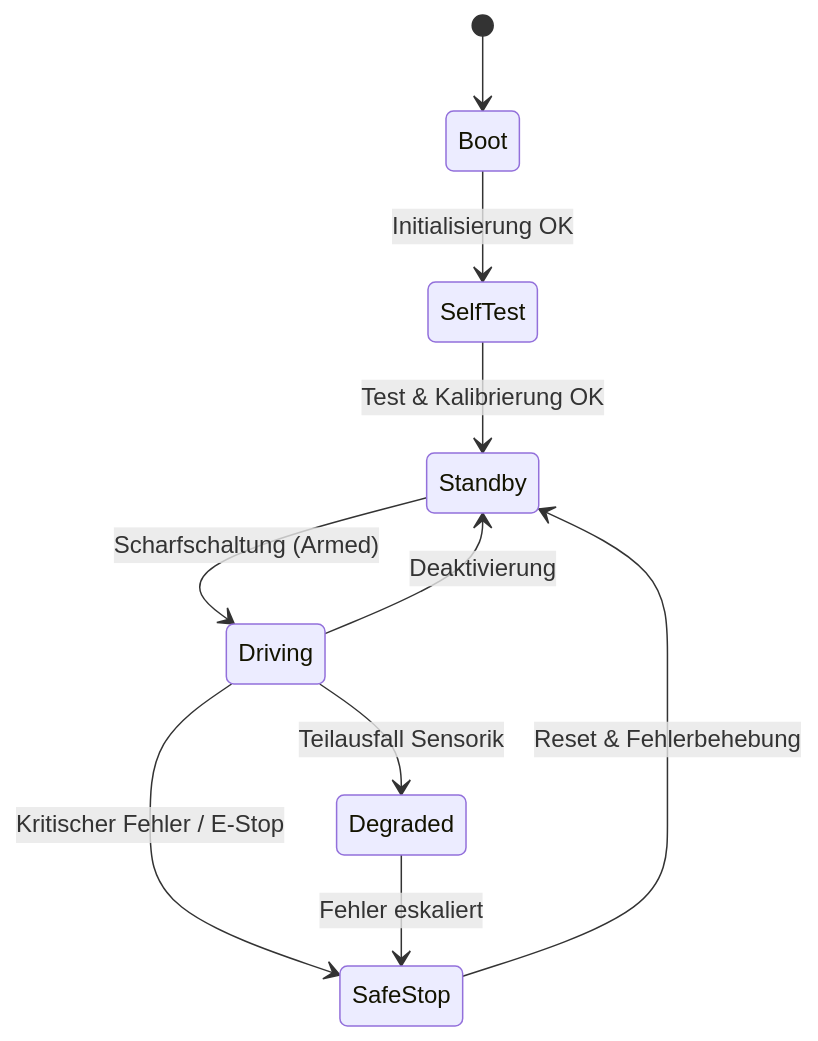
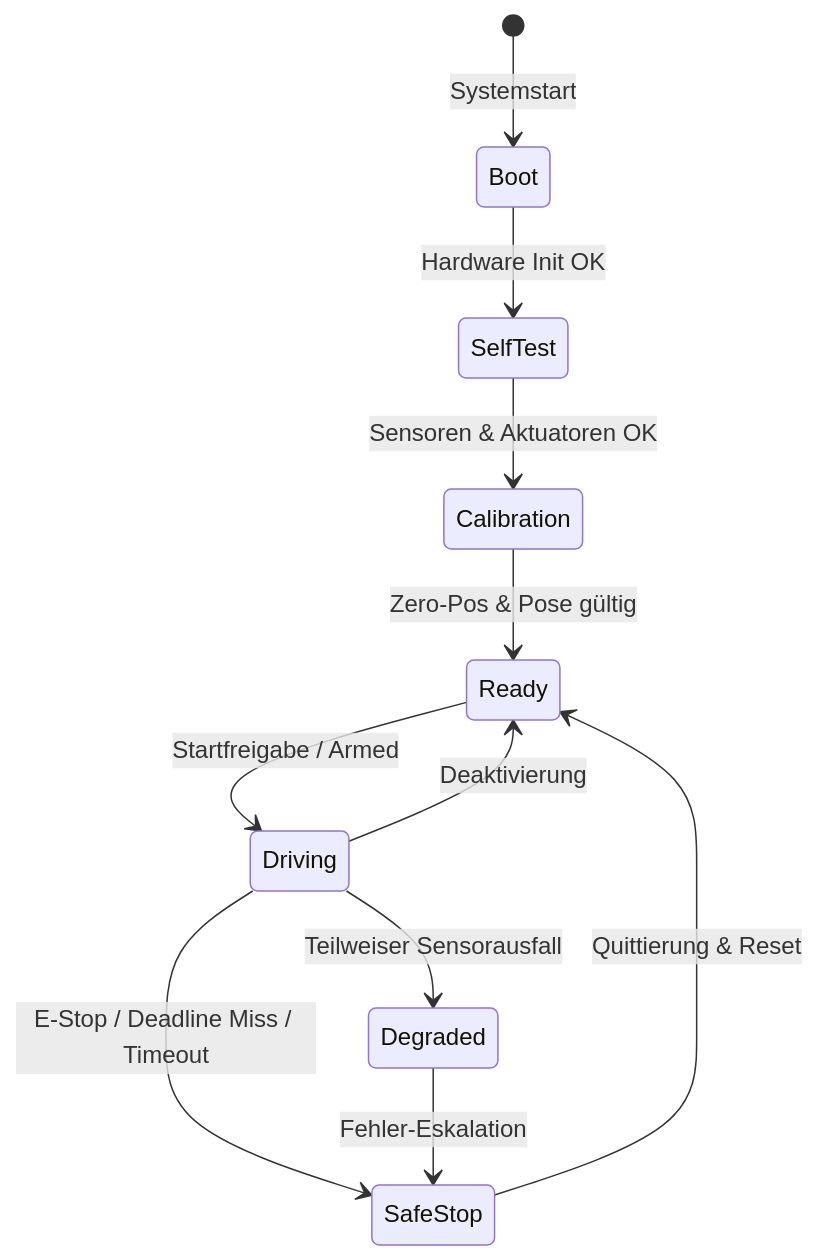
The second of 3 diagrams in docs/embedded_system/embedded_concept.md (Bigfire3/wro-fe-rl-simulation), drawn with Mermaid before and after one commit. The commit also changed other lines of this file, not shown here.

Commit message:
docs: update embedded concept structure and diagrams

````diff
--- a/docs/embedded_system/embedded_concept.md
+++ b/docs/embedded_system/embedded_concept.md
@@ -201,12 +169,13 @@
 ```mermaid @mermaid
 stateDiagram-v2
-    [*] --> Boot
-    Boot --> SelfTest: Initialisierung OK
-    SelfTest --> Standby: Test & Kalibrierung OK
-    Standby --> Driving: Scharfschaltung (Armed)
-    Driving --> Standby: Deaktivierung
-    Driving --> Degraded: Teilausfall Sensorik
-    Driving --> SafeStop: Kritischer Fehler / E-Stop
-    Degraded --> SafeStop: Fehler eskaliert
-    SafeStop --> Standby: Reset & Fehlerbehebung
+    [*] --> Boot: Systemstart
+    Boot --> SelfTest: Hardware Init OK
+    SelfTest --> Calibration: Sensoren & Aktuatoren OK
+    Calibration --> Ready: Zero-Pos & Pose gültig
+    Ready --> Driving: Startfreigabe / Armed
+    Driving --> Ready: Deaktivierung
+    Driving --> Degraded: Teilweiser Sensorausfall
+    Driving --> SafeStop: E-Stop / Deadline Miss / Timeout
+    Degraded --> SafeStop: Fehler-Eskalation
+    SafeStop --> Ready: Quittierung & Reset
 ```
````
